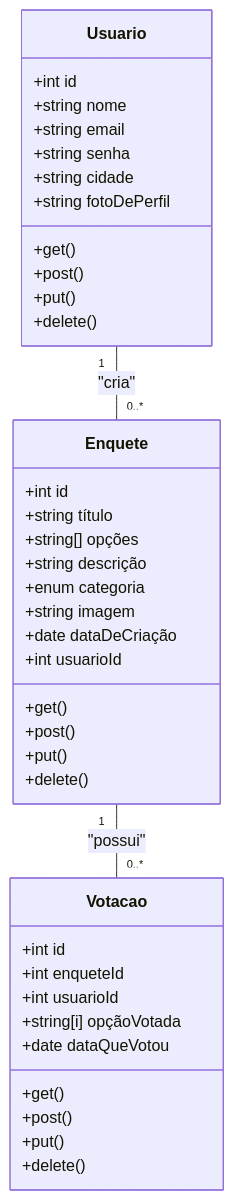
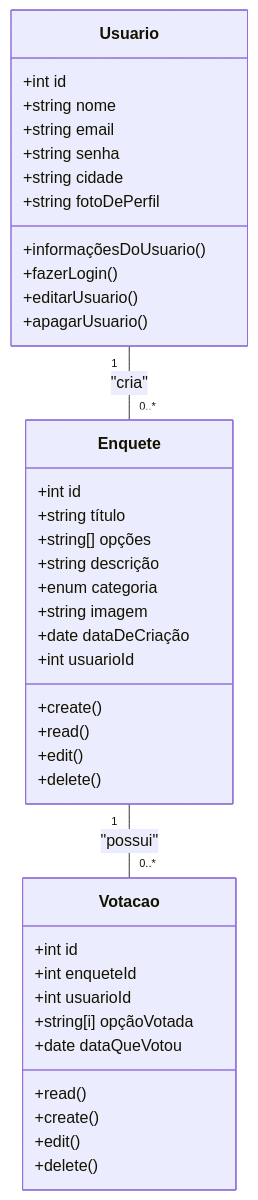
The second of 4 diagrams in README.md (epicestudar/Votefy), drawn with Mermaid before and after one commit.

````diff
--- a/README.md
+++ b/README.md
@@ -155,46 +155,46 @@
 ```mermaid
 classDiagram
     class Usuario {
         +int id
         +string nome
         +string email
         +string senha
         +string cidade
         +string fotoDePerfil
-        +get()
-        +post()
-        +put()
-        +delete()
+        +informaçõesDoUsuario()
+        +fazerLogin()
+        +editarUsuario()
+        +apagarUsuario()
     }
 
     class Enquete {
         +int id
         +string título
         +string[] opções
         +string descrição
         +enum categoria
         +string imagem
         +date dataDeCriação
         +int usuarioId
-        +get()
-        +post()
-        +put()
+        +create()
+        +read()
+        +edit()
         +delete()
     }
 
     class Votacao {
         +int id
         +int enqueteId
         +int usuarioId
         +string[i] opçãoVotada
         +date dataQueVotou
-        +get()
-        +post()
-        +put()
+        +read()
+        +create()
+        +edit()
         +delete()
     }
 
     Usuario "1" -- "0..*" Enquete : "cria"
     Enquete "1" -- "0..*" Votacao : "possui"
 
 ```
````
